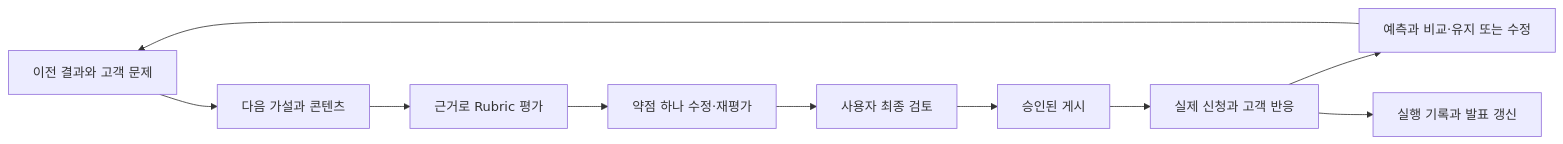
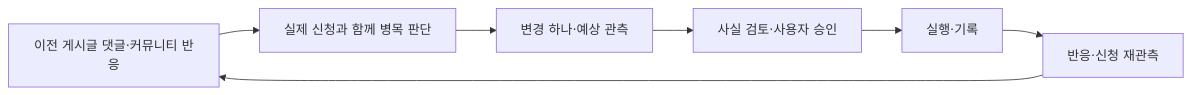
The diagram in docs/gtm/presentation.md (Joon-Park92/clone-gtm), drawn with Mermaid before and after one commit. The commit also changed other lines of this file and 78 other files, not shown here.

````diff
--- a/docs/gtm/presentation.md
+++ b/docs/gtm/presentation.md
@@ -29,12 +29,9 @@
 ```mermaid
 flowchart LR
-    A[이전 결과와 고객 문제] --> B[다음 가설과 콘텐츠]
-    B --> R[근거로 Rubric 평가]
-    R --> S[약점 하나 수정·재평가]
-    S --> C[사용자 최종 검토]
-    C --> D[승인된 게시]
-    D --> E[실제 신청과 고객 반응]
-    E --> F[예측과 비교·유지 또는 수정]
+    A[이전 게시글 댓글·커뮤니티 반응] --> B[실제 신청과 함께 병목 판단]
+    B --> C[변경 하나·예상 관측]
+    C --> D[사실 검토·사용자 승인]
+    D --> E[실행·기록]
+    E --> F[반응·신청 재관측]
     F --> A
-    E --> G[실행 기록과 발표 갱신]
 ```
````
